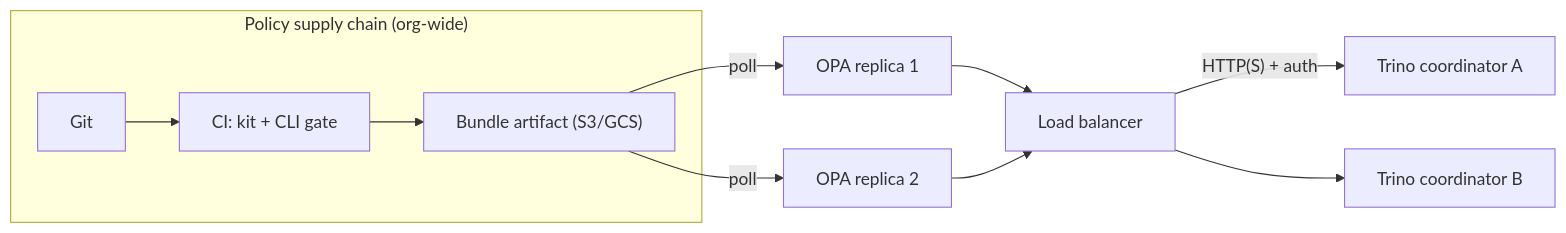
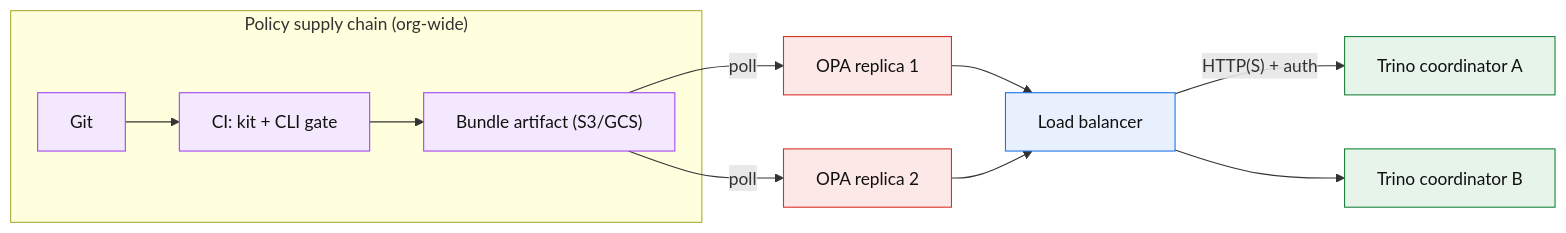
The fourth of 5 diagrams in docs/ARCHITECTURE.md (wpunit13/trino-opa-access-control), drawn with Mermaid before and after one commit. The commit also changed other lines of this file and 1 other file, not shown here.

Commit message:
ARCHITECTURE.md visualization changes.

````diff
--- a/docs/ARCHITECTURE.md
+++ b/docs/ARCHITECTURE.md
@@ -132,12 +148,20 @@
 ```mermaid
 graph LR
+classDef supply fill:#F3E8FD,stroke:#A142F4,color:#111111
+classDef opa fill:#FCE8E6,stroke:#D93025,color:#111111
+classDef trino fill:#E6F4EA,stroke:#188038,color:#111111
+classDef infra fill:#E8F0FE,stroke:#1A73E8,color:#111111
     subgraph Policy["Policy supply chain (org-wide)"]
         G["Git"] --> CI["CI: kit + CLI gate"] --> AR["Bundle artifact (S3/GCS)"]
     end
     AR -->|"poll"| O1["OPA replica 1"]
     AR -->|"poll"| O2["OPA replica 2"]
     O1 --> LB["Load balancer"]
     O2 --> LB
     LB -->|"HTTP(S) + auth"| T1["Trino coordinator A"]
     LB --> T2["Trino coordinator B"]
+    class G,CI,AR supply
+    class O1,O2 opa
+    class LB infra
+    class T1,T2 trino
 ```
````
